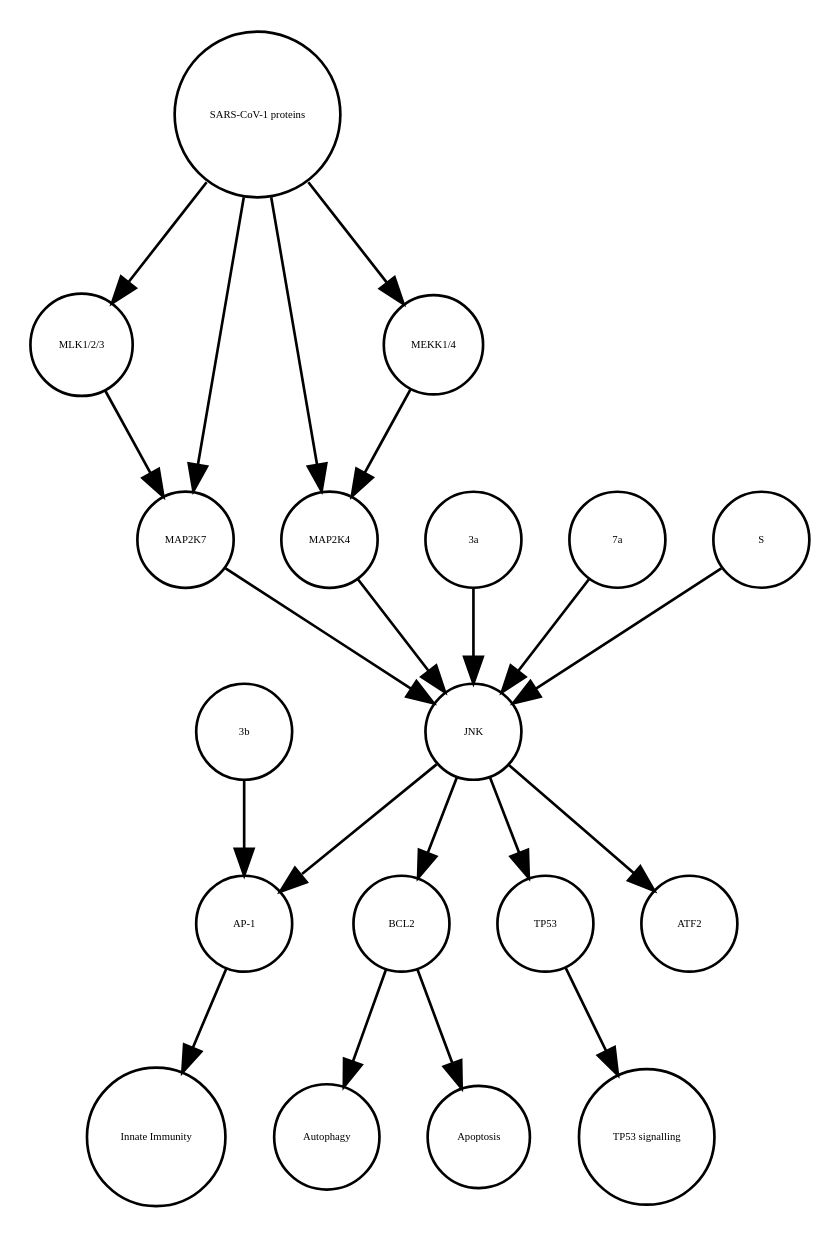
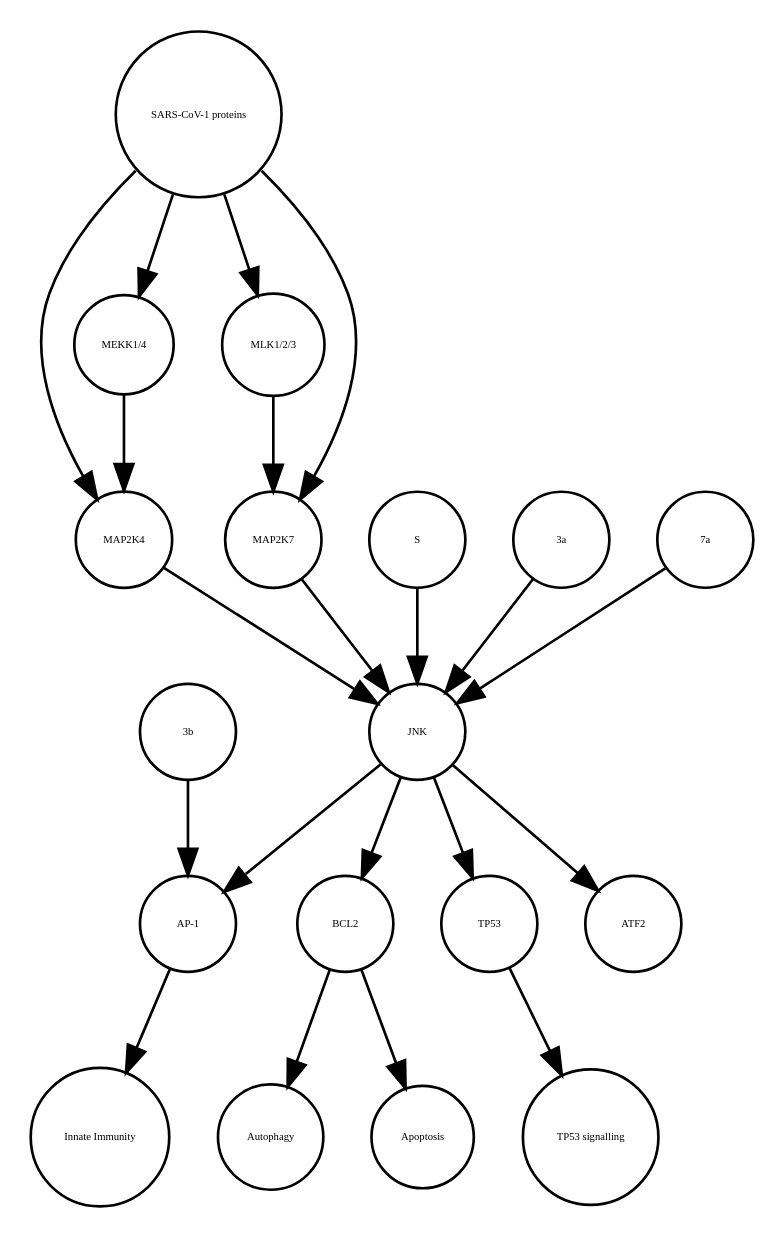
Before and after one commit to cannin/covid19-sbgn: the diagram in JNK_pathway_stable.xml_projected.dot, drawn with Graphviz. The commit also changed other lines of this file and 564 other files, not shown here.

```diff
--- a/JNK_pathway_stable.xml_projected.dot
+++ b/JNK_pathway_stable.xml_projected.dot
@@ -1,40 +1,40 @@
 strict digraph  {
 BCL2 [annotation=urn_miriam_ncbigene_596, bipartite=0, cls=macromolecule, fontsize=4, label=BCL2, shape=circle];
 Autophagy [annotation="urn_miriam_obo.go_GO%3A0006914", bipartite=0, cls=phenotype, fontsize=4, label=Autophagy, shape=circle];
 "AP-1" [annotation="", bipartite=0, cls=complex, fontsize=4, label="AP-1", shape=circle];
 "Innate Immunity" [annotation="urn_miriam_obo.go_GO%3A0045087", bipartite=0, cls=phenotype, fontsize=4, label="Innate Immunity", shape=circle];
 TP53 [annotation=urn_miriam_ncbigene_7157, bipartite=0, cls=macromolecule, fontsize=4, label=TP53, shape=circle];
 "TP53 signalling" [annotation="urn_miriam_obo.go_GO%3A0072331", bipartite=0, cls=phenotype, fontsize=4, label="TP53 signalling", shape=circle];
 Apoptosis [annotation="urn_miriam_obo.go_GO%3A0006915", bipartite=0, cls=phenotype, fontsize=4, label=Apoptosis, shape=circle];
+MAP2K4 [annotation=urn_miriam_ncbigene_6416, bipartite=0, cls=macromolecule, fontsize=4, label=MAP2K4, shape=circle];
+S [annotation="", bipartite=0, cls=macromolecule, fontsize=4, label=S, shape=circle];
+"MLK1/2/3" [annotation="", bipartite=0, cls=complex, fontsize=4, label="MLK1/2/3", shape=circle];
+ATF2 [annotation=urn_miriam_ncbigene_1386, bipartite=0, cls=macromolecule, fontsize=4, label=ATF2, shape=circle];
 "3b" [annotation="", bipartite=0, cls=macromolecule, fontsize=4, label="3b", shape=circle];
-ATF2 [annotation=urn_miriam_ncbigene_1386, bipartite=0, cls=macromolecule, fontsize=4, label=ATF2, shape=circle];
-"MLK1/2/3" [annotation="", bipartite=0, cls=complex, fontsize=4, label="MLK1/2/3", shape=circle];
+"3a" [annotation="", bipartite=0, cls=macromolecule, fontsize=4, label="3a", shape=circle];
+"MEKK1/4" [annotation="", bipartite=0, cls=complex, fontsize=4, label="MEKK1/4", shape=circle];
 "SARS-CoV-1 proteins" [annotation="", bipartite=0, cls=complex, fontsize=4, label="SARS-CoV-1 proteins", shape=circle];
-MAP2K4 [annotation=urn_miriam_ncbigene_6416, bipartite=0, cls=macromolecule, fontsize=4, label=MAP2K4, shape=circle];
-"3a" [annotation="", bipartite=0, cls=macromolecule, fontsize=4, label="3a", shape=circle];
+MAP2K7 [annotation=urn_miriam_ncbigene_5609, bipartite=0, cls=macromolecule, fontsize=4, label=MAP2K7, shape=circle];
 "7a" [annotation="", bipartite=0, cls=macromolecule, fontsize=4, label="7a", shape=circle];
-S [annotation="", bipartite=0, cls=macromolecule, fontsize=4, label=S, shape=circle];
-"MEKK1/4" [annotation="", bipartite=0, cls=complex, fontsize=4, label="MEKK1/4", shape=circle];
-MAP2K7 [annotation=urn_miriam_ncbigene_5609, bipartite=0, cls=macromolecule, fontsize=4, label=MAP2K7, shape=circle];
 JNK [annotation="", bipartite=0, cls=complex, fontsize=4, label=JNK, shape=circle];
 BCL2 -> Autophagy  [annotation="", interaction_type="necessary stimulation"];
 BCL2 -> Apoptosis  [annotation="", interaction_type=inhibition];
 "AP-1" -> "Innate Immunity"  [annotation="", interaction_type="necessary stimulation"];
 TP53 -> "TP53 signalling"  [annotation="", interaction_type="necessary stimulation"];
+MAP2K4 -> JNK  [annotation="urn_miriam_pubmed_17141229|urn_miriam_taxonomy_694009|urn_miriam_taxonomy_392815", interaction_type=stimulation];
+S -> JNK  [annotation="urn_miriam_pubmed_17267381|urn_miriam_taxonomy_694009|urn_miriam_taxonomy_392815", interaction_type=stimulation];
+"MLK1/2/3" -> MAP2K7  [annotation="urn_miriam_pubmed_31226023|urn_miriam_taxonomy_694009|urn_miriam_taxonomy_392815", interaction_type=stimulation];
 "3b" -> "AP-1"  [annotation="urn_miriam_pubmed_21561061|urn_miriam_taxonomy_694009", interaction_type=stimulation];
-"MLK1/2/3" -> MAP2K7  [annotation="urn_miriam_pubmed_31226023|urn_miriam_taxonomy_694009|urn_miriam_taxonomy_392815", interaction_type=stimulation];
+"3a" -> JNK  [annotation="urn_miriam_pubmed_17141229|urn_miriam_taxonomy_694009|urn_miriam_taxonomy_392815", interaction_type=stimulation];
+"MEKK1/4" -> MAP2K4  [annotation="urn_miriam_pubmed_31226023|urn_miriam_taxonomy_694009|urn_miriam_taxonomy_392815", interaction_type=stimulation];
+"SARS-CoV-1 proteins" -> MAP2K4  [annotation="urn_miriam_pubmed_31226023|urn_miriam_taxonomy_694009|urn_miriam_taxonomy_392815", interaction_type=stimulation];
+"SARS-CoV-1 proteins" -> MAP2K7  [annotation="urn_miriam_pubmed_31226023|urn_miriam_taxonomy_694009|urn_miriam_taxonomy_392815", interaction_type=stimulation];
 "SARS-CoV-1 proteins" -> "MEKK1/4"  [annotation="urn_miriam_pubmed_31226023|urn_miriam_taxonomy_694009|urn_miriam_taxonomy_392815", interaction_type=stimulation];
 "SARS-CoV-1 proteins" -> "MLK1/2/3"  [annotation="urn_miriam_taxonomy_694009|urn_miriam_pubmed_31226023|urn_miriam_taxonomy_392815", interaction_type=stimulation];
-"SARS-CoV-1 proteins" -> MAP2K7  [annotation="urn_miriam_pubmed_31226023|urn_miriam_taxonomy_694009|urn_miriam_taxonomy_392815", interaction_type=stimulation];
-"SARS-CoV-1 proteins" -> MAP2K4  [annotation="urn_miriam_pubmed_31226023|urn_miriam_taxonomy_694009|urn_miriam_taxonomy_392815", interaction_type=stimulation];
-MAP2K4 -> JNK  [annotation="urn_miriam_pubmed_17141229|urn_miriam_taxonomy_694009|urn_miriam_taxonomy_392815", interaction_type=stimulation];
-"3a" -> JNK  [annotation="urn_miriam_pubmed_17141229|urn_miriam_taxonomy_694009|urn_miriam_taxonomy_392815", interaction_type=stimulation];
+MAP2K7 -> JNK  [annotation="urn_miriam_pubmed_17141229|urn_miriam_taxonomy_694009|urn_miriam_taxonomy_392815", interaction_type=stimulation];
 "7a" -> JNK  [annotation="urn_miriam_pubmed_17141229|urn_miriam_taxonomy_694009|urn_miriam_taxonomy_392815", interaction_type=stimulation];
-S -> JNK  [annotation="urn_miriam_pubmed_17267381|urn_miriam_taxonomy_694009|urn_miriam_taxonomy_392815", interaction_type=stimulation];
-"MEKK1/4" -> MAP2K4  [annotation="urn_miriam_pubmed_31226023|urn_miriam_taxonomy_694009|urn_miriam_taxonomy_392815", interaction_type=stimulation];
-MAP2K7 -> JNK  [annotation="urn_miriam_pubmed_17141229|urn_miriam_taxonomy_694009|urn_miriam_taxonomy_392815", interaction_type=stimulation];
+JNK -> TP53  [annotation=urn_miriam_pubmed_9724739, interaction_type=stimulation];
+JNK -> "AP-1"  [annotation="urn_miriam_pubmed_21561061|urn_miriam_taxonomy_694009", interaction_type=stimulation];
 JNK -> ATF2  [annotation=urn_miriam_pubmed_7824938, interaction_type=stimulation];
-JNK -> TP53  [annotation=urn_miriam_pubmed_9724739, interaction_type=stimulation];
 JNK -> BCL2  [annotation=urn_miriam_pubmed_10567572, interaction_type=stimulation];
-JNK -> "AP-1"  [annotation="urn_miriam_pubmed_21561061|urn_miriam_taxonomy_694009", interaction_type=stimulation];
 }
```
